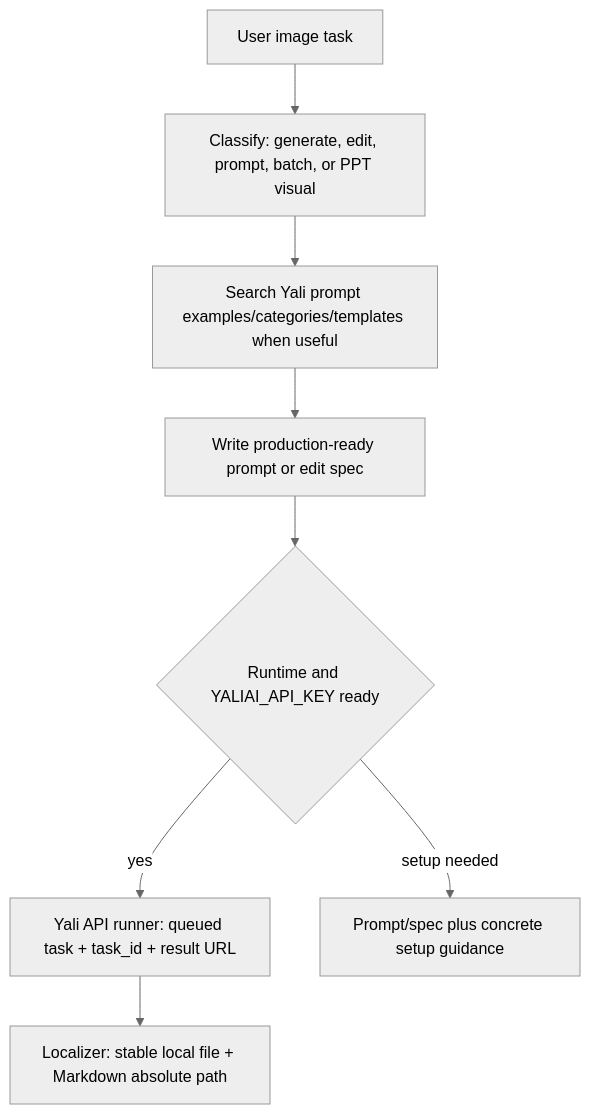
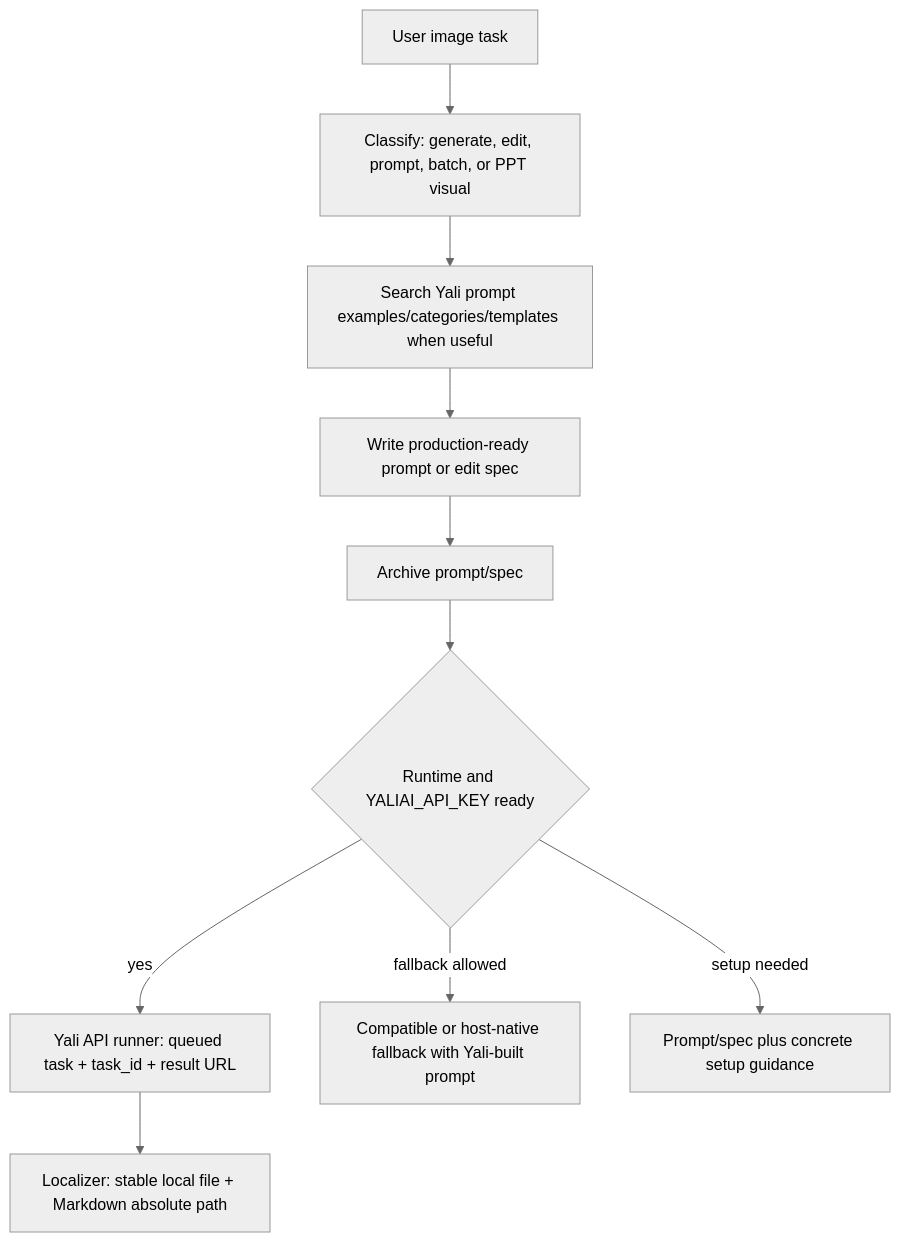
The diagram in README.md (pptt121212/yaliai-gpt-image-2-inspiration), drawn with Mermaid (neutral theme) before and after one commit. The commit also changed other lines of this file and 17 other files, not shown here.

````diff
--- a/README.md
+++ b/README.md
@@ -131,10 +144,12 @@
 ```mermaid
 flowchart TD
   A["User image task"] --> B["Classify: generate, edit, prompt, batch, or PPT visual"]
   B --> C["Search Yali prompt examples/categories/templates when useful"]
   C --> D["Write production-ready prompt or edit spec"]
-  D --> E{"Runtime and YALIAI_API_KEY ready"}
-  E -->|yes| F["Yali API runner: queued task + task_id + result URL"]
-  F --> G["Localizer: stable local file + Markdown absolute path"]
-  E -->|setup needed| H["Prompt/spec plus concrete setup guidance"]
+  D --> E["Archive prompt/spec"]
+  E --> F{"Runtime and YALIAI_API_KEY ready"}
+  F -->|yes| G["Yali API runner: queued task + task_id + result URL"]
+  G --> H["Localizer: stable local file + Markdown absolute path"]
+  F -->|fallback allowed| I["Compatible or host-native fallback with Yali-built prompt"]
+  F -->|setup needed| J["Prompt/spec plus concrete setup guidance"]
 ```
````
